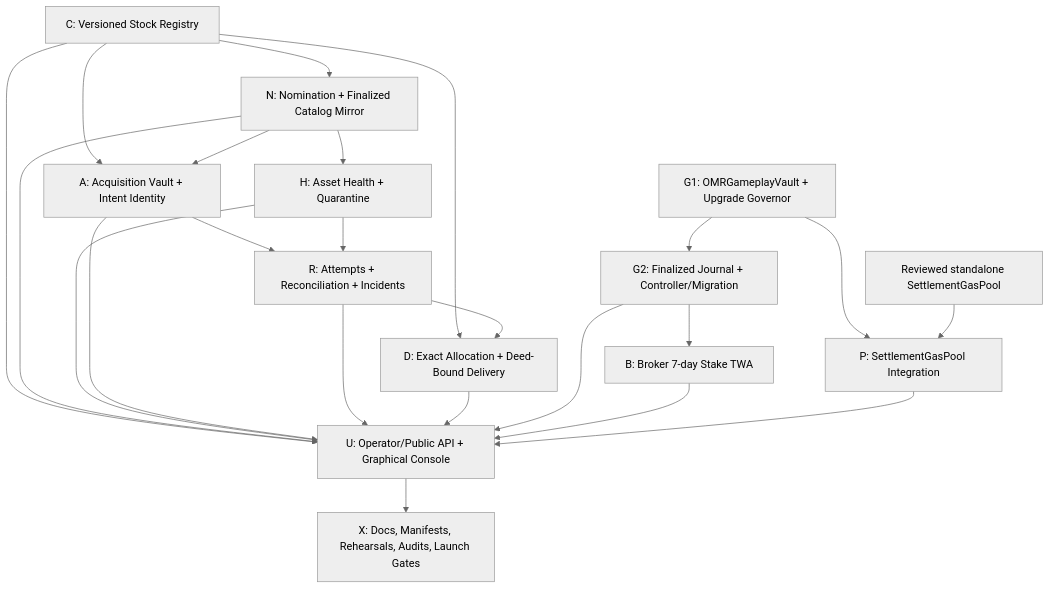
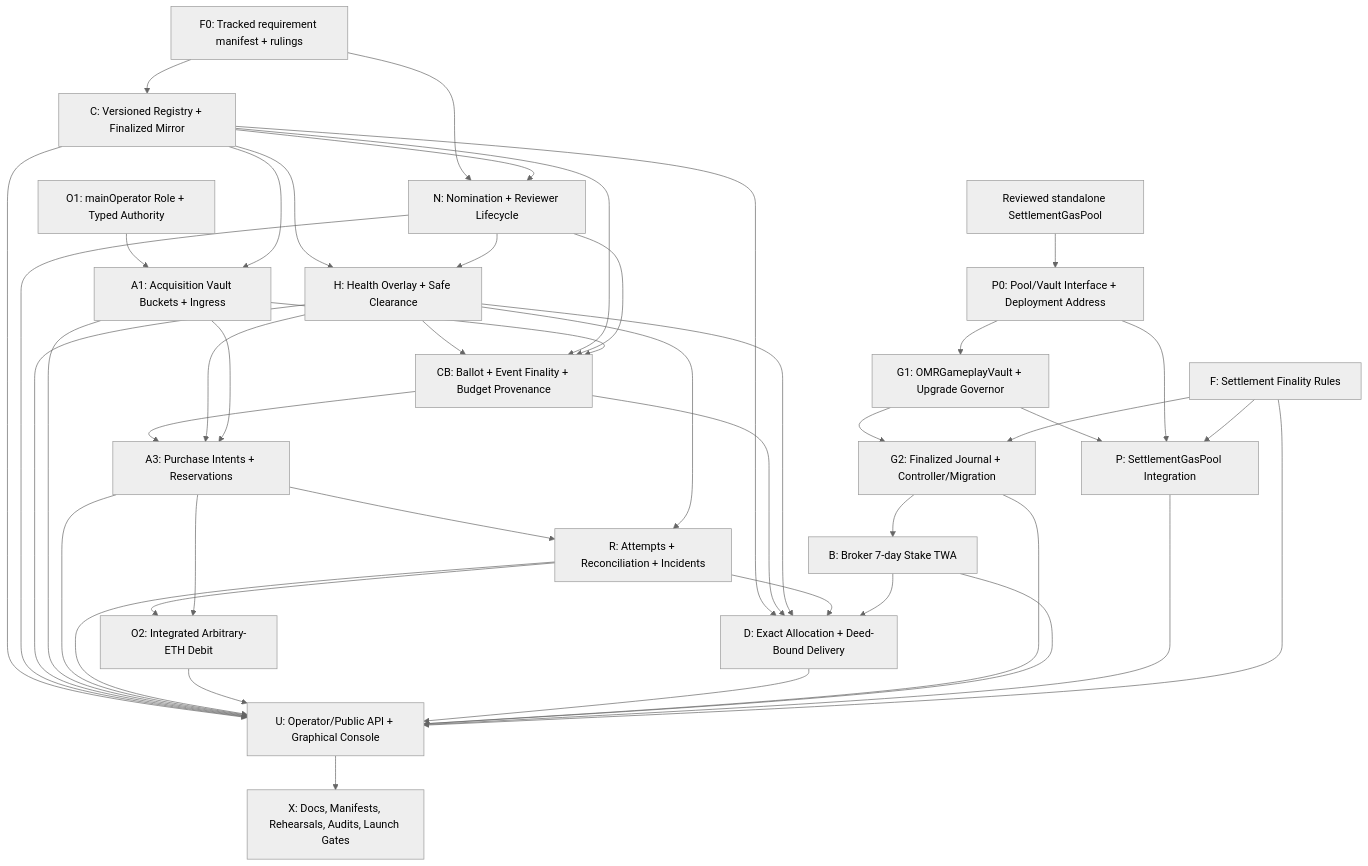
The diagram in docs/superpowers/specs/2026-08-26-grill-completion.md (OmertaDev/Omerta), drawn with Mermaid (neutral theme) before and after one commit. The commit also changed other lines of this file and 2 other files, not shown here.

Commit message:
docs: track full grill completion graph

````diff
--- a/docs/superpowers/specs/2026-08-26-grill-completion.md
+++ b/docs/superpowers/specs/2026-08-26-grill-completion.md
@@ -145,25 +145,47 @@
 ```mermaid
 flowchart TD
-  C["C: Versioned Stock Registry"] --> N["N: Nomination + Finalized Catalog Mirror"]
-  C --> A["A: Acquisition Vault + Intent Identity"]
-  N --> A
-  N --> H["H: Asset Health + Quarantine"]
-  A --> R["R: Attempts + Reconciliation + Incidents"]
+  F0["F0: Tracked requirement manifest + rulings"] --> C["C: Versioned Registry + Finalized Mirror"]
+  F0 --> N["N: Nomination + Reviewer Lifecycle"]
+  C --> N
+  C --> H["H: Health Overlay + Safe Clearance"]
+  N --> H
+  O1["O1: mainOperator Role + Typed Authority"] --> A1["A1: Acquisition Vault Buckets + Ingress"]
+  C --> A1
+  H --> CB["CB: Ballot + Event Finality + Budget Provenance"]
+  C --> CB
+  N --> CB
+  A1 --> CB
+  CB --> A3["A3: Purchase Intents + Reservations"]
+  H --> A3
+  A1 --> A3
+  A3 --> R["R: Attempts + Reconciliation + Incidents"]
   H --> R
-  C --> D["D: Exact Allocation + Deed-Bound Delivery"]
-  R --> D
-  G1["G1: OMRGameplayVault + Upgrade Governor"] --> G2["G2: Finalized Journal + Controller/Migration"]
+  R --> O2["O2: Integrated Arbitrary-ETH Debit"]
+  A3 --> O2
+  SGP["Reviewed standalone SettlementGasPool"] --> P0["P0: Pool/Vault Interface + Deployment Address"]
+  P0 --> G1["G1: OMRGameplayVault + Upgrade Governor"]
+  G1 --> G2["G2: Finalized Journal + Controller/Migration"]
+  FR["F: Settlement Finality Rules"] --> G2
   G2 --> B["B: Broker 7-day Stake TWA"]
   G1 --> P["P: SettlementGasPool Integration"]
-  SGP["Reviewed standalone SettlementGasPool"] --> P
+  P0 --> P
+  FR --> P
+  C --> D["D: Exact Allocation + Deed-Bound Delivery"]
+  CB --> D
+  H --> D
+  R --> D
+  B --> D
   C --> U["U: Operator/Public API + Graphical Console"]
   N --> U
   H --> U
-  A --> U
+  A1 --> U
+  A3 --> U
   R --> U
+  O2 --> U
   D --> U
   G2 --> U
   B --> U
   P --> U
+  FR --> U
   U --> X["X: Docs, Manifests, Rehearsals, Audits, Launch Gates"]
 ```
````
